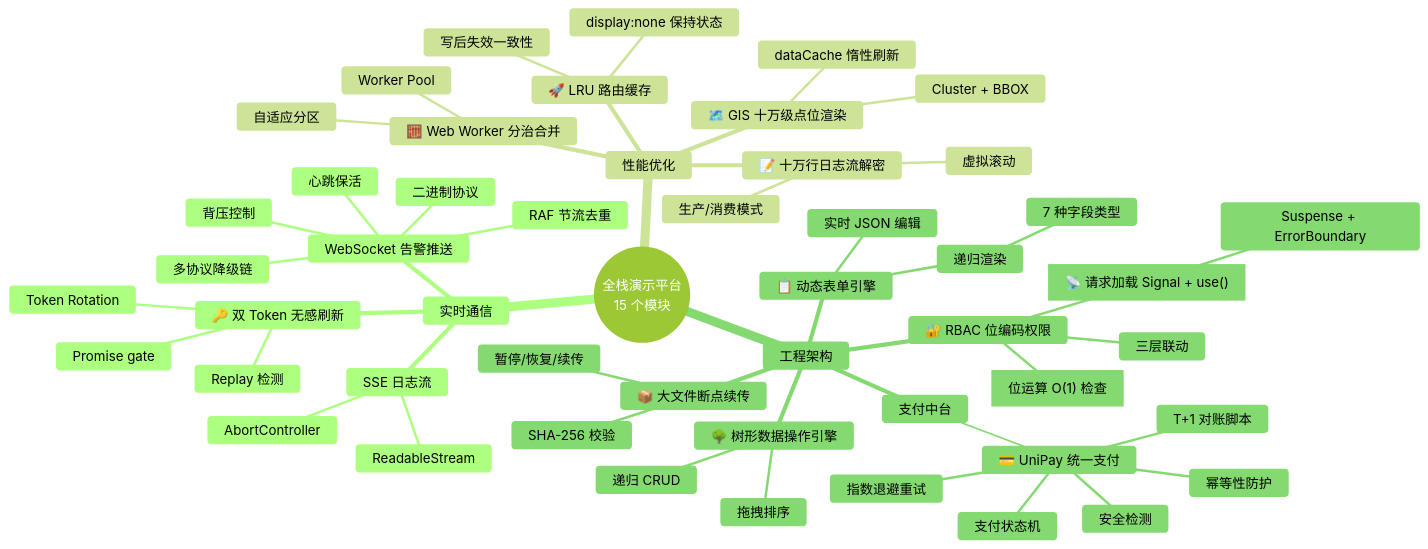
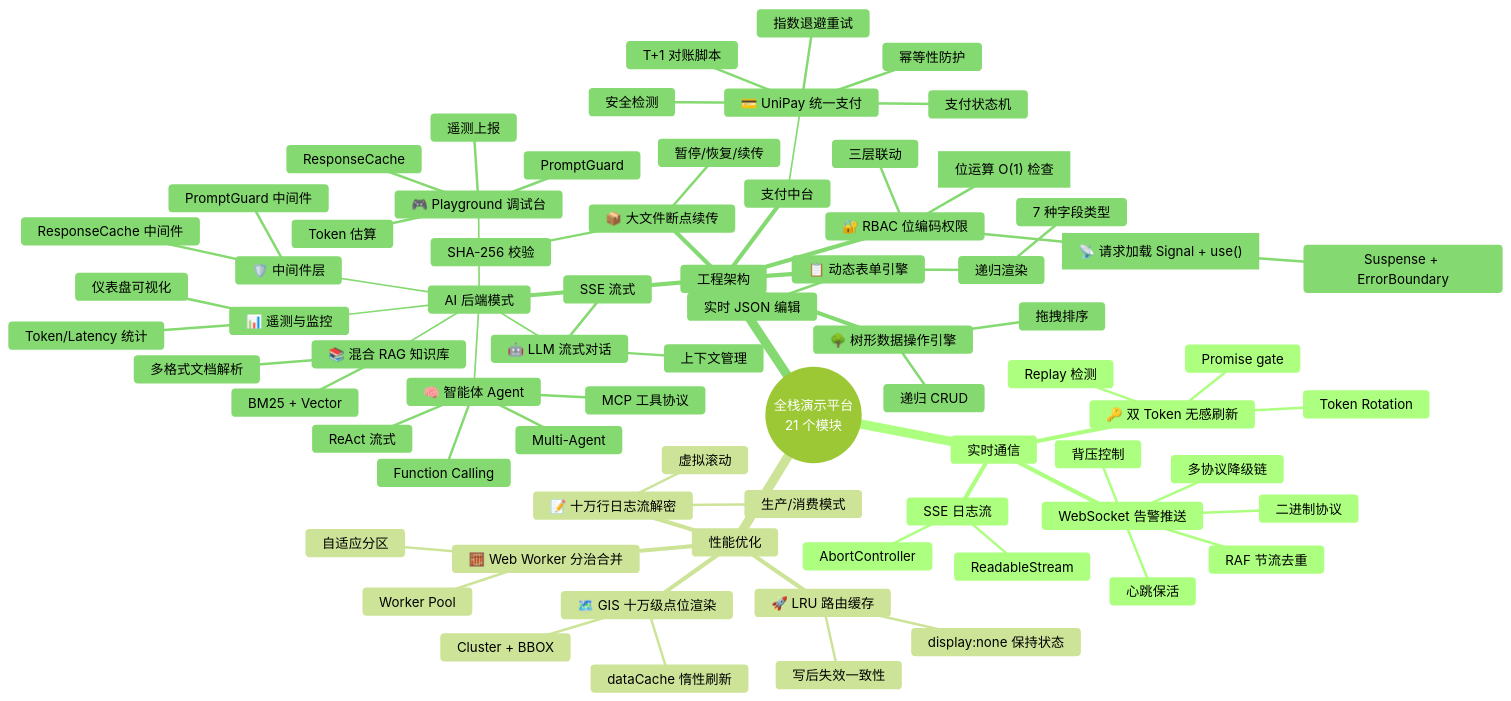
One commit to KMaybe01/interview-demo changed the third of 49 diagrams in docs/WIKI.md. Above: the diagram before and after it, drawn with Mermaid (forest theme). The commit also changed other lines of this file and 22 other files, not shown here.

First line of the commit message:
feat(backend): implement AI agent streaming, hybrid RAG, MCP/A2A, telemetry, middleware

````diff
--- a/docs/WIKI.md
+++ b/docs/WIKI.md
@@ -117,55 +117,78 @@
 ```mermaid
 mindmap
-  root((全栈演示平台<br/>15 个模块))
+  root((全栈演示平台<br/>21 个模块))
     ::icon(fa fa-globe)
     实时通信
       WebSocket 告警推送
         多协议降级链
         二进制协议
         背压控制
         心跳保活
         RAF 节流去重
       SSE 日志流
         ReadableStream
         AbortController
       🔑 双 Token 无感刷新
         Promise gate
         Token Rotation
         Replay 检测
     性能优化
       🚀 LRU 路由缓存
         display:none 保持状态
         写后失效一致性
       🧮 Web Worker 分治合并
         Worker Pool
         自适应分区
       🗺️ GIS 十万级点位渲染
         Cluster + BBOX
         dataCache 惰性刷新
       📝 十万行日志流解密
         生产/消费模式
         虚拟滚动
     工程架构
       📋 动态表单引擎
         递归渲染
          7 种字段类型
         实时 JSON 编辑
       🔐 RBAC 位编码权限
         ["位运算 O(1) 检查"]
         三层联动
        ["📡 请求加载 Signal + use()"]
         Suspense + ErrorBoundary
       🌳 树形数据操作引擎
         递归 CRUD
         拖拽排序
       📦 大文件断点续传
         SHA-256 校验
         暂停/恢复/续传
+     AI 后端模式
+       🤖 LLM 流式对话
+         SSE 流式
+         上下文管理
+       📚 混合 RAG 知识库
+         BM25 + Vector
+         多格式文档解析
+       🧠 智能体 Agent
+         ReAct 流式
+         Function Calling
+         Multi-Agent
+         MCP 工具协议
+       🎮 Playground 调试台
+         PromptGuard
+         ResponseCache
+         Token 估算
+         遥测上报
+       🛡️ 中间件层
+         PromptGuard 中间件
+         ResponseCache 中间件
+       📊 遥测与监控
+         Token/Latency 统计
+         仪表盘可视化
      支付中台
        💳 UniPay 统一支付
          支付状态机
          幂等性防护
          指数退避重试
          T+1 对账脚本
          安全检测
 ```
````
